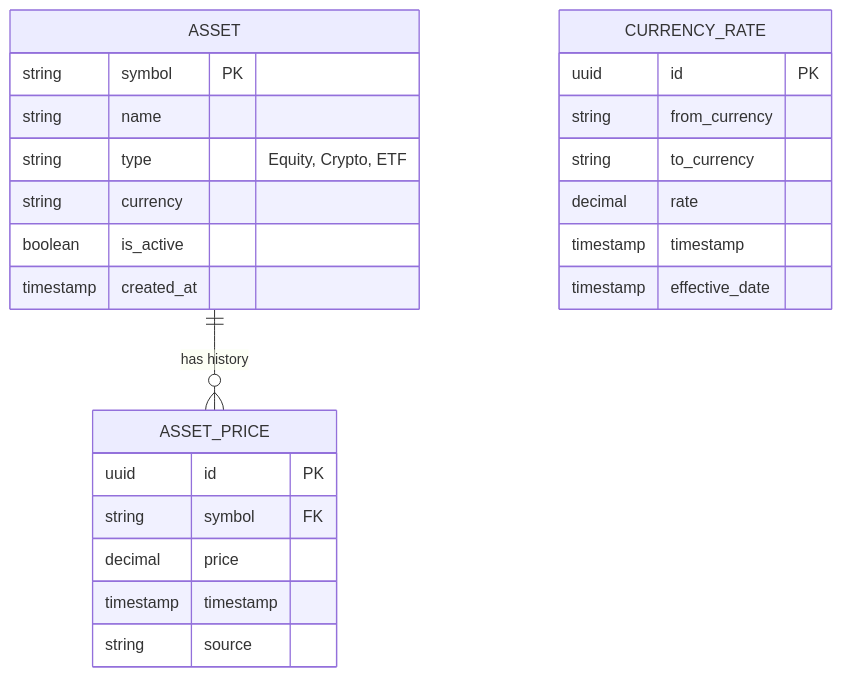
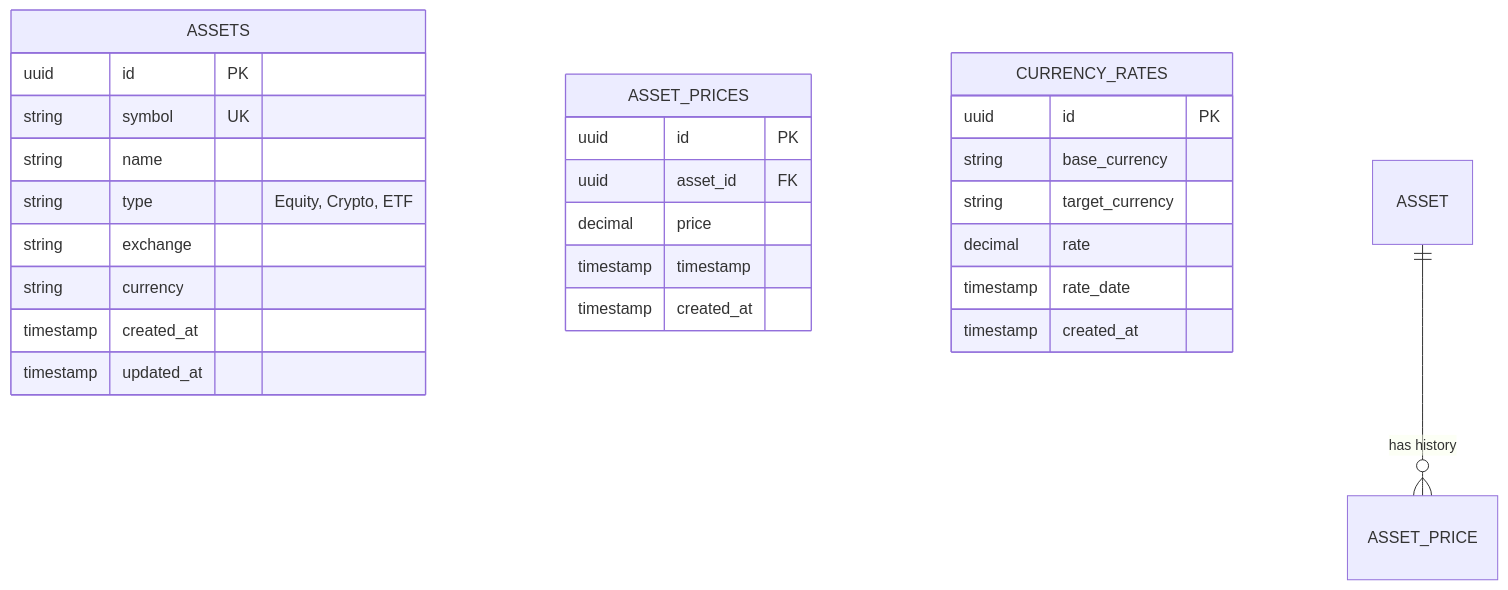
Before and after one commit to garcios/portfolio-insights: the second of 2 diagrams in services/marketdata-service/SYSTEM_DESIGN.md, drawn with Mermaid. The commit also changed other lines of this file and 3 other files, not shown here.

Commit message:
refactor: Update database schemas and external API provider in system design documents.

````diff
--- a/services/marketdata-service/SYSTEM_DESIGN.md
+++ b/services/marketdata-service/SYSTEM_DESIGN.md
@@ -63,30 +63,32 @@
 ```mermaid
 erDiagram
-    ASSET {
-        string symbol PK
+    ASSETS {
+        uuid id PK
+        string symbol UK
         string name
         string type "Equity, Crypto, ETF"
+        string exchange
         string currency
-        boolean is_active
+        timestamp created_at
+        timestamp updated_at
+    }
+
+    ASSET_PRICES {
+        uuid id PK
+        uuid asset_id FK
+        decimal price
+        timestamp timestamp
         timestamp created_at
     }
 
-    ASSET_PRICE {
+    CURRENCY_RATES {
         uuid id PK
-        string symbol FK
-        decimal price
-        timestamp timestamp
-        string source
-    }
-
-    CURRENCY_RATE {
-        uuid id PK
-        string from_currency
-        string to_currency
-        decimal rate
-        timestamp timestamp
-        timestamp effective_date
+        string base_currency
+        string target_currency
+        decimal rate 
+        timestamp rate_date
+        timestamp created_at
     }
 
     ASSET ||--o{ ASSET_PRICE : "has history"
 ```
````
